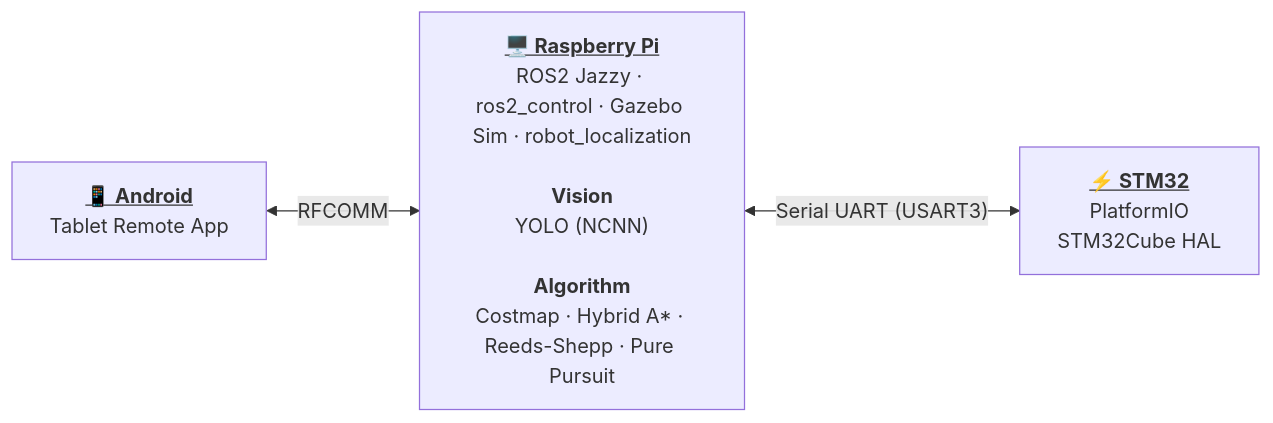
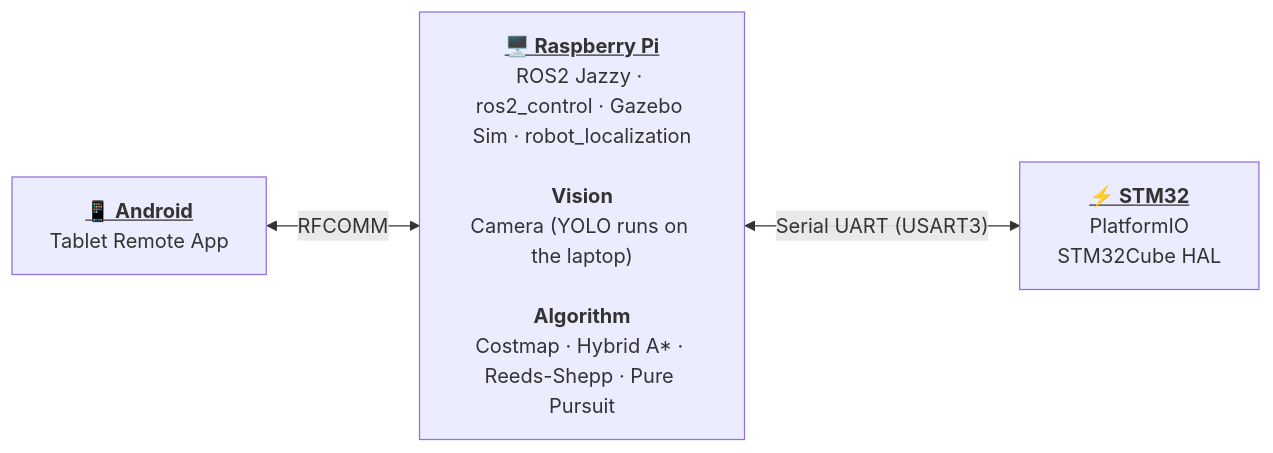
Before and after one commit to Alvin0523/mdp: the diagram in docs/index.md, drawn with Mermaid. The commit also changed 3 other files, not shown here.

Commit message:
Docs: YOLO on the laptop (best_v5.pt), camera measured, real turning radii, path_follower; bump mdp_ros (padding 6 / 2 cm, IR fix limits, scan snapshots, Tailscale peers)

````diff
--- a/docs/index.md
+++ b/docs/index.md
@@ -12,9 +12,9 @@
 ```mermaid
 graph LR
   ANDROID["<b><u>📱 Android</u></b><br/>Tablet Remote App"]
-  RPI["<b><u>🖥️ Raspberry Pi</u></b><br/>ROS2 Jazzy · ros2_control · Gazebo Sim · robot_localization<br/><br/><b>Vision</b><br/>YOLO (NCNN)<br/><br/><b>Algorithm</b><br/>Costmap · Hybrid A* · Reeds-Shepp · Pure Pursuit"]
+  RPI["<b><u>🖥️ Raspberry Pi</u></b><br/>ROS2 Jazzy · ros2_control · Gazebo Sim · robot_localization<br/><br/><b>Vision</b><br/>Camera (YOLO runs on the laptop)<br/><br/><b>Algorithm</b><br/>Costmap · Hybrid A* · Reeds-Shepp · Pure Pursuit"]
   STM32["<b><u>⚡ STM32</u></b><br/>PlatformIO<br/>STM32Cube HAL"]
 
   ANDROID <-->|"RFCOMM"| RPI
   RPI <-->|"Serial UART (USART3)"| STM32
 ```
````
